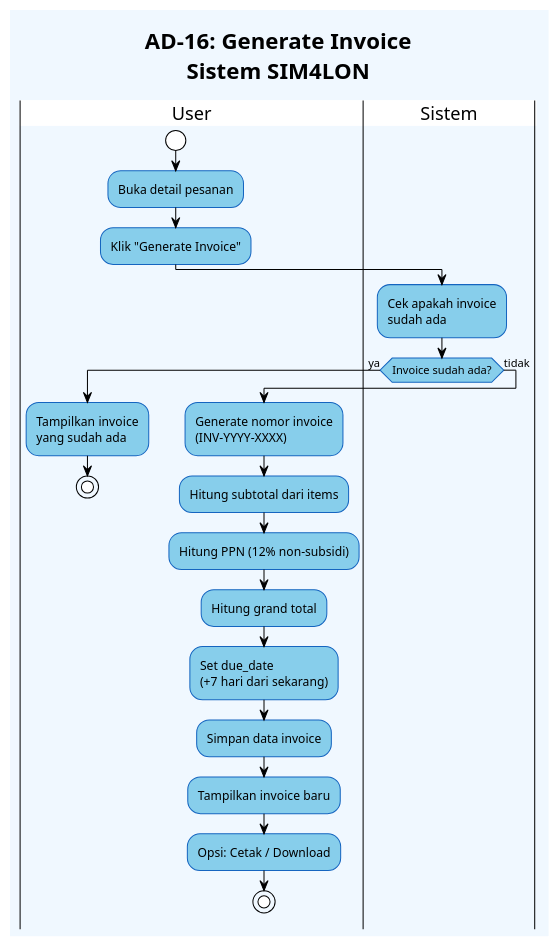
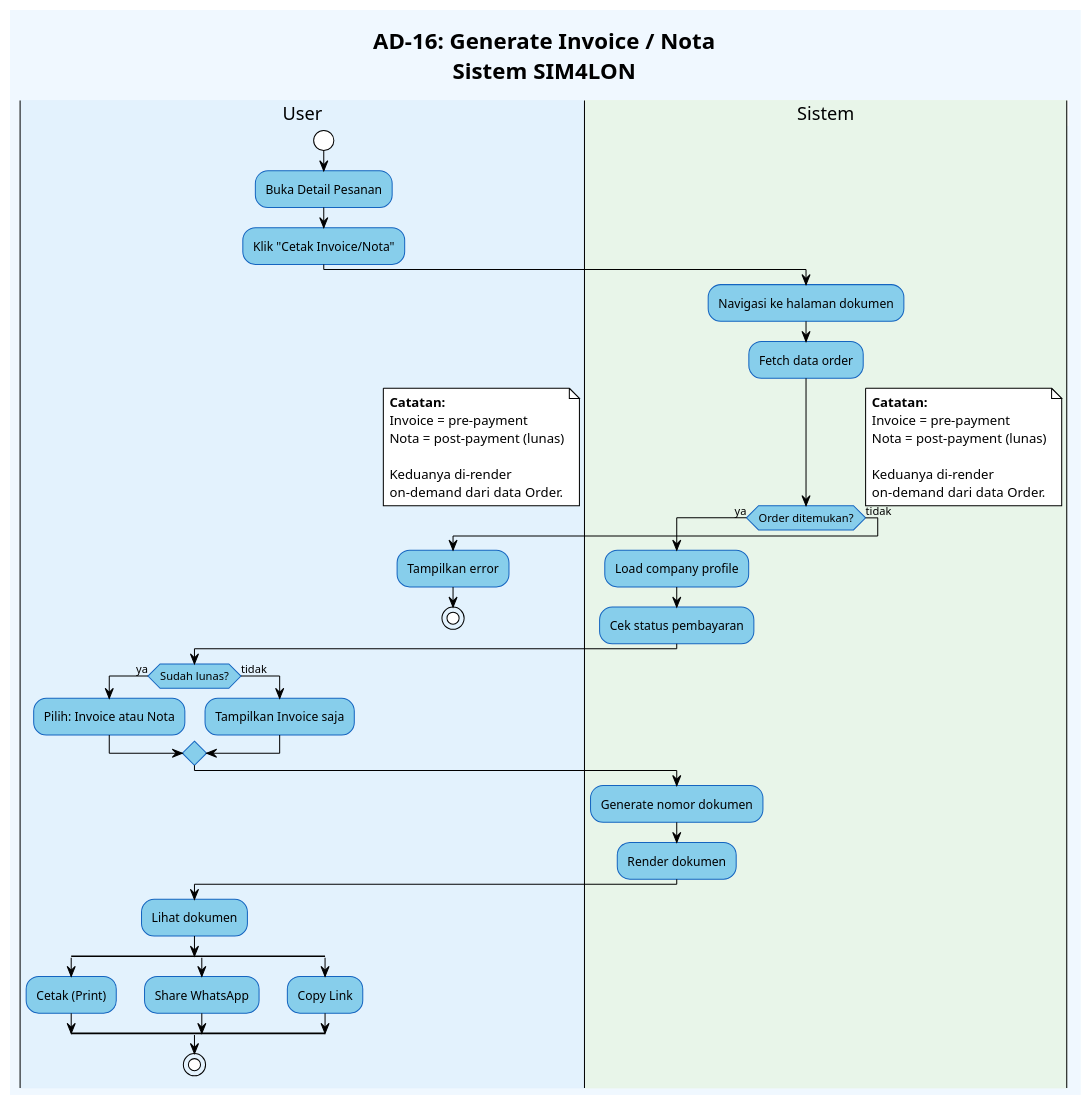
Before and after one commit to xinnxz/sim4lon: the diagram in diagrams/AD_16_GenerateInvoice.puml, drawn with PlantUML.

Commit message:
hari ke 8

```diff
--- a/diagrams/AD_16_GenerateInvoice.puml
+++ b/diagrams/AD_16_GenerateInvoice.puml
@@ -1,37 +1,63 @@
 @startuml AD_16_GenerateInvoice
 !theme plain
 skinparam backgroundColor #f0f8ff
 skinparam ActivityBackgroundColor #87CEEB
 skinparam ActivityBorderColor #1565c0
 skinparam PartitionBackgroundColor #e3f2fd
 skinparam PartitionBorderColor #1565c0
 
-title **AD-16: Generate Invoice**\nSistem SIM4LON
+title **AD-16: Generate Invoice / Nota**\nSistem SIM4LON
 
-|User|
+|#e3f2fd|User|
 start
-:Buka detail pesanan;
-:Klik "Generate Invoice";
+:Buka Detail Pesanan;
+:Klik "Cetak Invoice/Nota";
 
-|Sistem|
-:Cek apakah invoice\nsudah ada;
+|#e8f5e9|Sistem|
+:Navigasi ke halaman dokumen;
+:Fetch data order;
 
-if (Invoice sudah ada?) then (ya)
-    |User|
-    :Tampilkan invoice\nyang sudah ada;
-    stop
-else (tidak)
-    :Generate nomor invoice\n(INV-YYYY-XXXX);
-    :Hitung subtotal dari items;
-    :Hitung PPN (12% non-subsidi);
-    :Hitung grand total;
-    :Set due_date\n(+7 hari dari sekarang);
-    :Simpan data invoice;
+if (Order ditemukan?) then (ya)
+    :Load company profile;
+    :Cek status pembayaran;
     
     |User|
-    :Tampilkan invoice baru;
-    :Opsi: Cetak / Download;
+    if (Sudah lunas?) then (ya)
+        :Pilih: Invoice atau Nota;
+    else (tidak)
+        :Tampilkan Invoice saja;
+    endif
+    
+    |Sistem|
+    :Generate nomor dokumen;
+    :Render dokumen;
+    
+    |User|
+    :Lihat dokumen;
+    
+    split
+        :Cetak (Print);
+    split again
+        :Share WhatsApp;
+    split again
+        :Copy Link;
+    end split
+    
+    stop
+    
+else (tidak)
+    |User|
+    :Tampilkan error;
     stop
 endif
 
+note right
+  **Catatan:**
+  Invoice = pre-payment
+  Nota = post-payment (lunas)
+  
+  Keduanya di-render
+  on-demand dari data Order.
+end note
+
 @enduml
```
